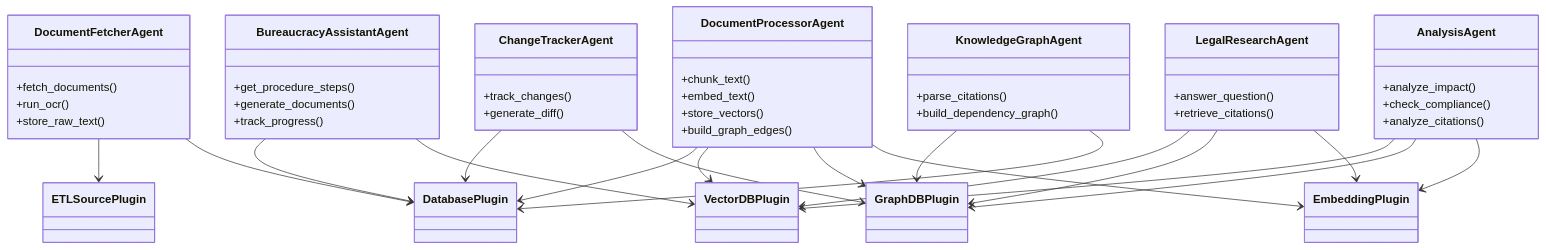
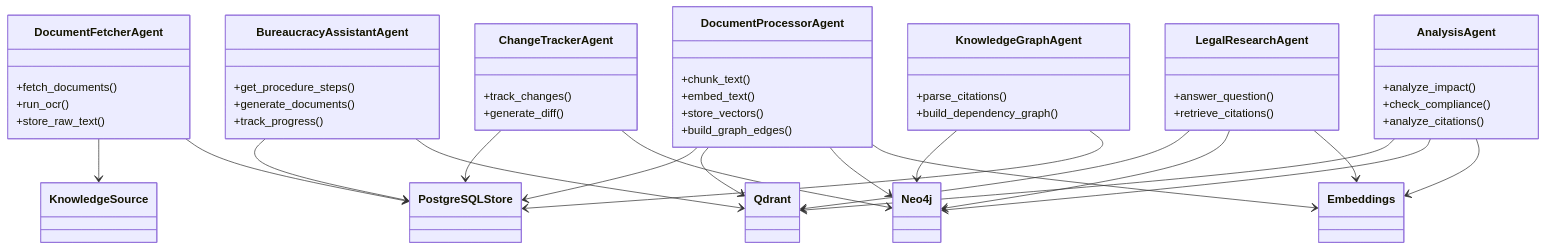
The fourth of 6 diagrams in docs/architecture.md (Stihotvor/law_by_ai), drawn with Mermaid before and after one commit. The commit also changed other lines of this file and 34 other files, not shown here.

````diff
--- a/docs/architecture.md
+++ b/docs/architecture.md
@@ -242,55 +216,55 @@
 ```mermaid
 classDiagram
     class DocumentFetcherAgent {
         +fetch_documents()
         +run_ocr()
         +store_raw_text()
     }
     class DocumentProcessorAgent {
         +chunk_text()
         +embed_text()
         +store_vectors()
         +build_graph_edges()
     }
     class LegalResearchAgent {
         +answer_question()
         +retrieve_citations()
     }
     class ChangeTrackerAgent {
         +track_changes()
         +generate_diff()
     }
     class KnowledgeGraphAgent {
         +parse_citations()
         +build_dependency_graph()
     }
     class AnalysisAgent {
         +analyze_impact()
         +check_compliance()
         +analyze_citations()
     }
     class BureaucracyAssistantAgent {
         +get_procedure_steps()
         +generate_documents()
         +track_progress()
     }
 
-    DocumentFetcherAgent --> ETLSourcePlugin
-    DocumentFetcherAgent --> DatabasePlugin
-    DocumentProcessorAgent --> DatabasePlugin
-    DocumentProcessorAgent --> VectorDBPlugin
-    DocumentProcessorAgent --> GraphDBPlugin
-    DocumentProcessorAgent --> EmbeddingPlugin
-    LegalResearchAgent --> VectorDBPlugin
-    LegalResearchAgent --> GraphDBPlugin
-    LegalResearchAgent --> EmbeddingPlugin
-    ChangeTrackerAgent --> DatabasePlugin
-    ChangeTrackerAgent --> GraphDBPlugin
-    KnowledgeGraphAgent --> GraphDBPlugin
-    KnowledgeGraphAgent --> DatabasePlugin
-    AnalysisAgent --> VectorDBPlugin
-    AnalysisAgent --> GraphDBPlugin
-    AnalysisAgent --> EmbeddingPlugin
-    BureaucracyAssistantAgent --> DatabasePlugin
-    BureaucracyAssistantAgent --> VectorDBPlugin
+    DocumentFetcherAgent --> KnowledgeSource
+    DocumentFetcherAgent --> PostgreSQLStore
+    DocumentProcessorAgent --> PostgreSQLStore
+    DocumentProcessorAgent --> Qdrant
+    DocumentProcessorAgent --> Neo4j
+    DocumentProcessorAgent --> Embeddings
+    LegalResearchAgent --> Qdrant
+    LegalResearchAgent --> Neo4j
+    LegalResearchAgent --> Embeddings
+    ChangeTrackerAgent --> PostgreSQLStore
+    ChangeTrackerAgent --> Neo4j
+    KnowledgeGraphAgent --> Neo4j
+    KnowledgeGraphAgent --> PostgreSQLStore
+    AnalysisAgent --> Qdrant
+    AnalysisAgent --> Neo4j
+    AnalysisAgent --> Embeddings
+    BureaucracyAssistantAgent --> PostgreSQLStore
+    BureaucracyAssistantAgent --> Qdrant
 ```
````
